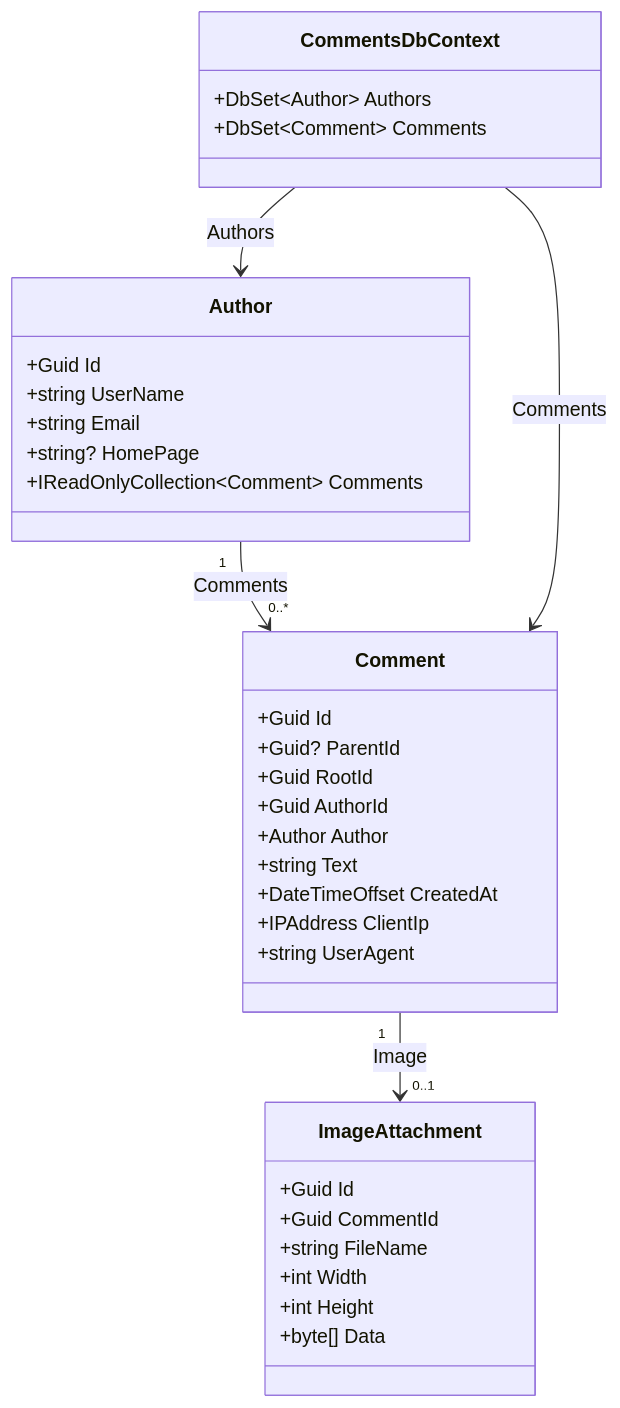
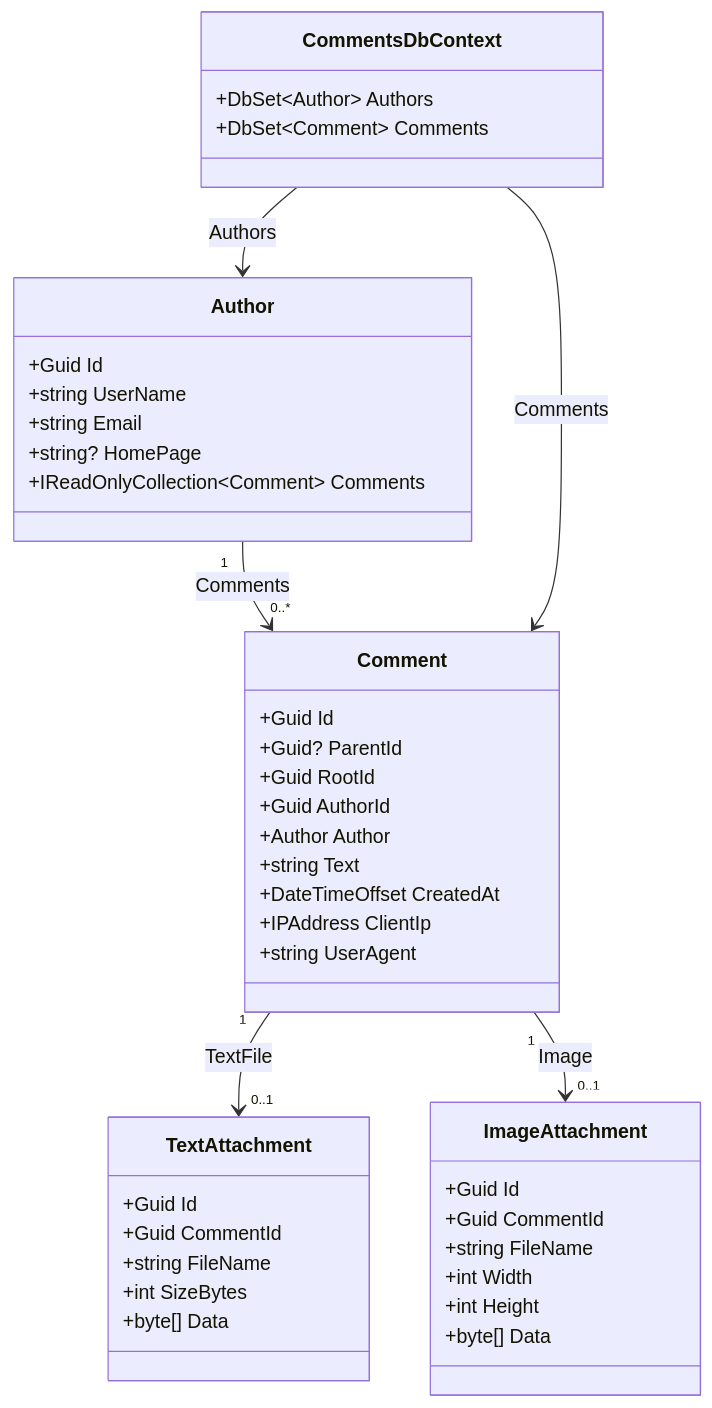
Before and after one commit to avysotsky/CommentsService: the second of 2 diagrams in docs/database/SCHEMA.md, drawn with Mermaid. The commit also changed other lines of this file and 52 other files, not shown here.

````diff
--- a/docs/database/SCHEMA.md
+++ b/docs/database/SCHEMA.md
@@ -150,37 +188,45 @@
 ```mermaid
 classDiagram
     Author "1" --> "0..*" Comment : Comments
+    Comment "1" --> "0..1" TextAttachment : TextFile
     Comment "1" --> "0..1" ImageAttachment : Image
     CommentsDbContext --> Author : Authors
     CommentsDbContext --> Comment : Comments
     class Author {
         +Guid Id
         +string UserName
         +string Email
         +string? HomePage
         +IReadOnlyCollection~Comment~ Comments
     }
     class Comment {
         +Guid Id
         +Guid? ParentId
         +Guid RootId
         +Guid AuthorId
         +Author Author
         +string Text
         +DateTimeOffset CreatedAt
         +IPAddress ClientIp
         +string UserAgent
     }
+    class TextAttachment {
+        +Guid Id
+        +Guid CommentId
+        +string FileName
+        +int SizeBytes
+        +byte[] Data
+    }
     class ImageAttachment {
         +Guid Id
         +Guid CommentId
         +string FileName
         +int Width
         +int Height
         +byte[] Data
     }
     class CommentsDbContext {
         +DbSet~Author~ Authors
         +DbSet~Comment~ Comments
     }
 ```
````
